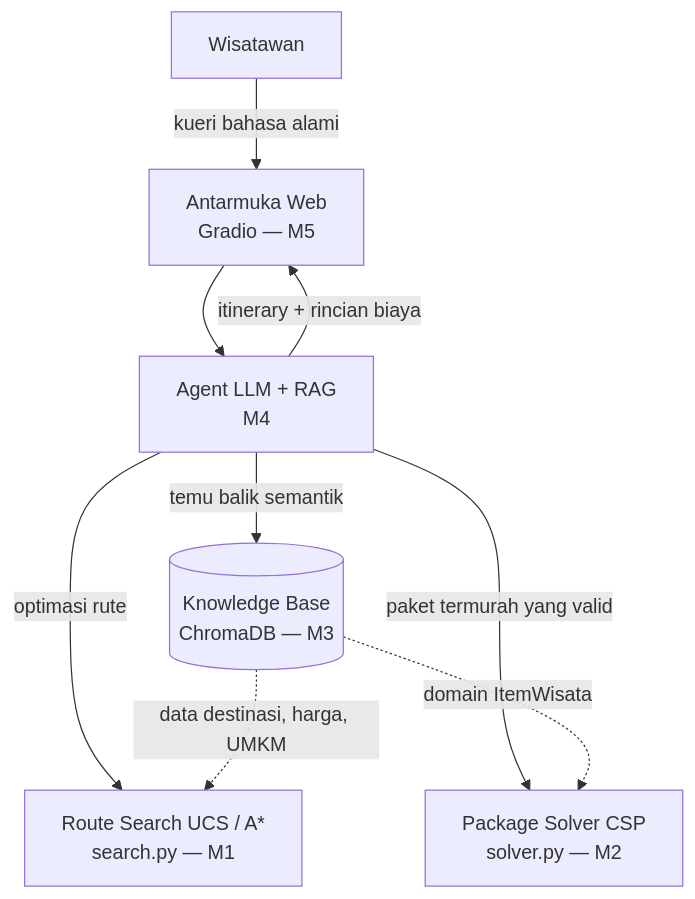
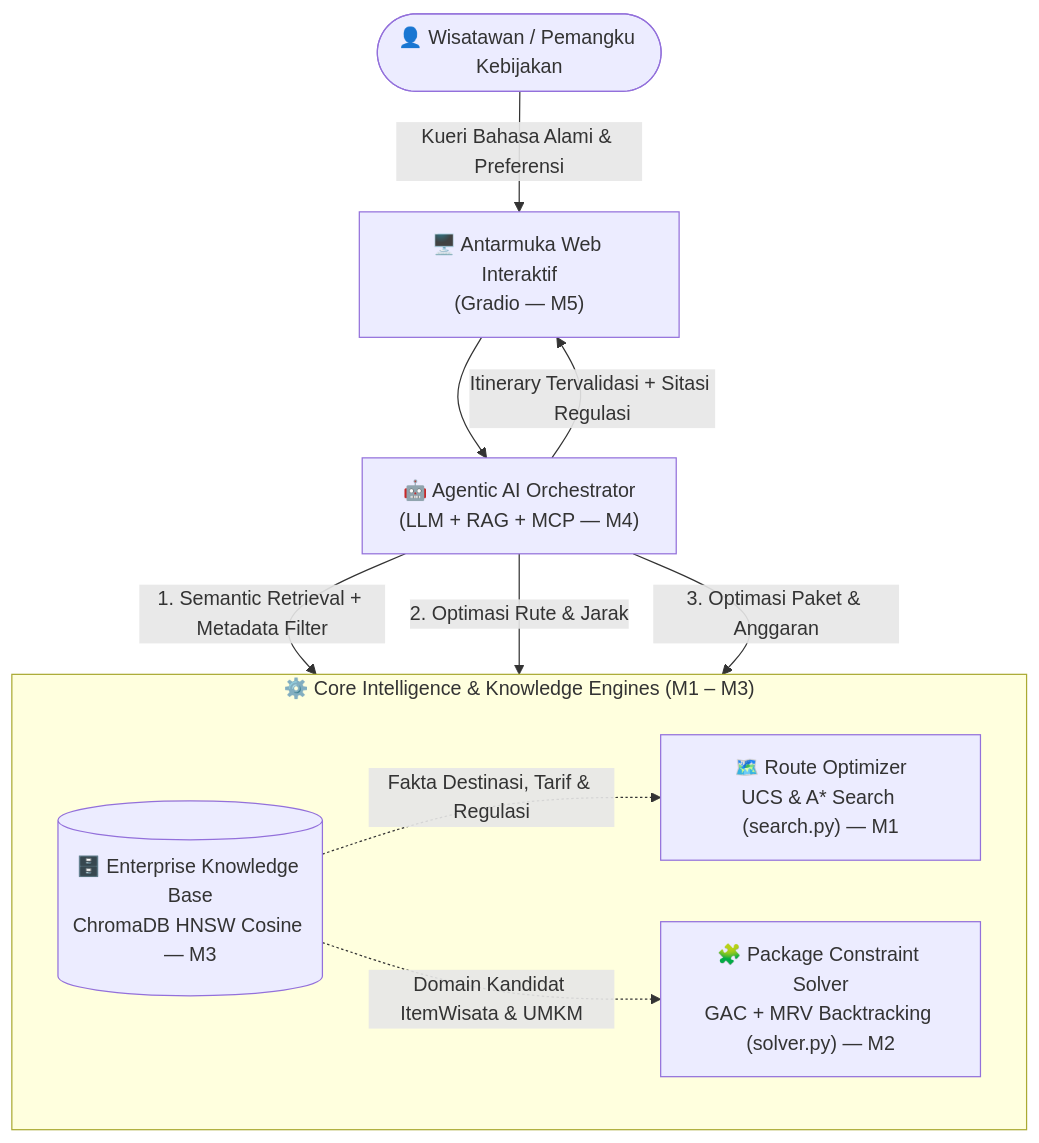
One commit to MichaelNasution/Enterprise-AI-Copilot changed the diagram in README.md. Above: the diagram before and after it, drawn with Mermaid. The commit also changed other lines of this file, not shown here.

Commit message:
docs: update README with comprehensive system architecture and milestone details

````diff
--- a/README.md
+++ b/README.md
@@ -27,11 +61,20 @@
 ```mermaid
 flowchart TD
-    U[Wisatawan] -->|kueri bahasa alami| UI["Antarmuka Web<br/>Gradio — M5"]
-    UI --> AG["Agent LLM + RAG<br/>M4"]
-    AG -->|temu balik semantik| KB[("Knowledge Base<br/>ChromaDB — M3")]
-    AG -->|optimasi rute| RS["Route Search UCS / A*<br/>search.py — M1"]
-    AG -->|paket termurah yang valid| CS["Package Solver CSP<br/>solver.py — M2"]
-    KB -.->|data destinasi, harga, UMKM| RS
-    KB -.->|domain ItemWisata| CS
-    AG -->|itinerary + rincian biaya| UI
+    U(["👤 Wisatawan / Pemangku Kebijakan"]) -->|"Kueri Bahasa Alami & Preferensi"| UI["🖥️ Antarmuka Web Interaktif<br/>(Gradio — M5)"]
+    UI --> AG["🤖 Agentic AI Orchestrator<br/>(LLM + RAG + MCP — M4)"]
+
+    subgraph CoreAI ["⚙️ Core Intelligence & Knowledge Engines (M1 – M3)"]
+        direction LR
+        KB[("🗄️ Enterprise Knowledge Base<br/>ChromaDB HNSW Cosine — M3")]
+        RS["🗺️ Route Optimizer<br/>UCS & A* Search (search.py) — M1"]
+        CS["🧩 Package Constraint Solver<br/>GAC + MRV Backtracking (solver.py) — M2"]
+    end
+
+    AG -->|"1. Semantic Retrieval + Metadata Filter"| KB
+    AG -->|"2. Optimasi Rute & Jarak"| RS
+    AG -->|"3. Optimasi Paket & Anggaran"| CS
+
+    KB -.->|"Fakta Destinasi, Tarif & Regulasi"| RS
+    KB -.->|"Domain Kandidat ItemWisata & UMKM"| CS
+    AG -->|"Itinerary Tervalidasi + Sitasi Regulasi"| UI
 ```
````
